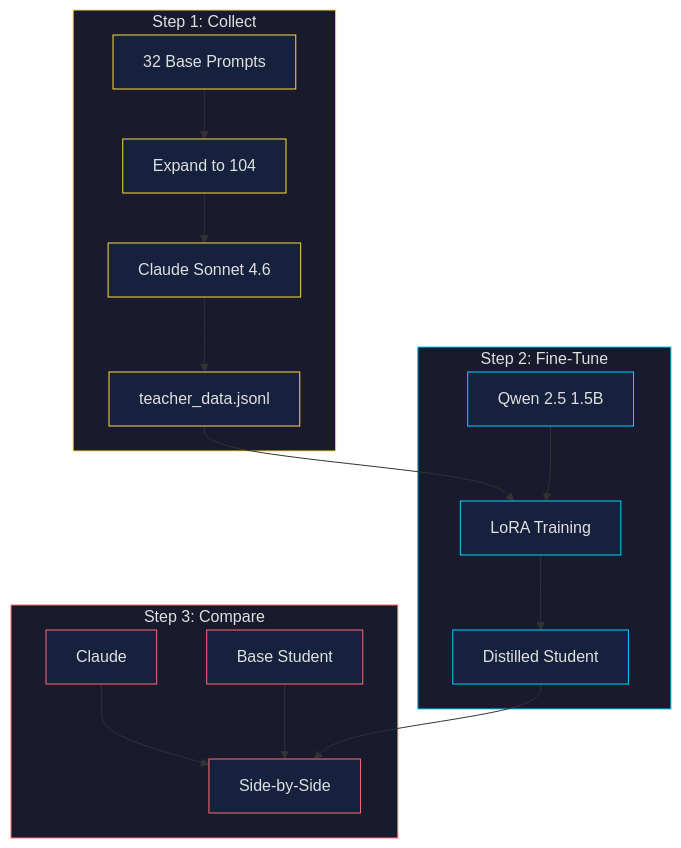
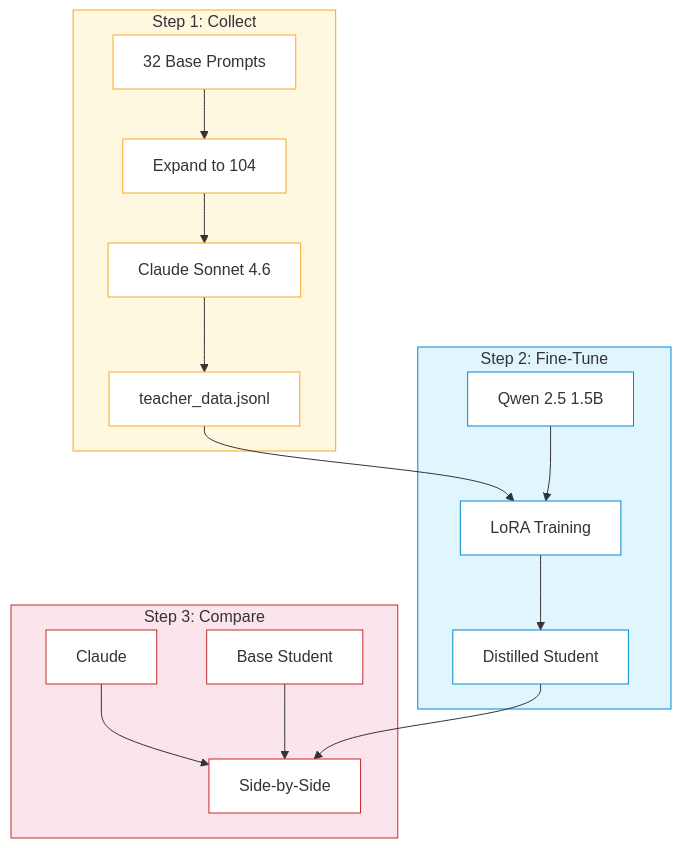
One commit to kousen/AI_distilling changed the diagram in visuals/pipeline.mmd. Above: the diagram before and after it, drawn with Mermaid. The commit also changed 1 other file, not shown here.

Commit message:
Switch pipeline diagram to light theme for GitHub readability
Dark fills hid arrows and fought GitHub's white background.
Now uses white node fills with colored borders (amber/blue/red)
and dark text. Arrows and labels visible on both light and dark.

```diff
--- a/visuals/pipeline.mmd
+++ b/visuals/pipeline.mmd
@@ -1,32 +1,32 @@
 flowchart TD
     subgraph step1["Step 1: Collect"]
         P["32 Base Prompts"] --> EXP["Expand to 104"]
         EXP --> API["Claude Sonnet 4.6"]
         API --> D["teacher_data.jsonl"]
     end
 
     subgraph step2["Step 2: Fine-Tune"]
         D --> LORA["LoRA Training"]
         BASE["Qwen 2.5 1.5B"] --> LORA
         LORA --> DIST["Distilled Student"]
     end
 
     subgraph step3["Step 3: Compare"]
         TEACHER["Claude"] --> CMP["Side-by-Side"]
         BASE2["Base Student"] --> CMP
         DIST --> CMP
     end
 
-    style step1 fill:#1a1a2e,stroke:#ffd93d,color:#e0e0e0
-    style step2 fill:#1a1a2e,stroke:#00d4ff,color:#e0e0e0
-    style step3 fill:#1a1a2e,stroke:#ff6b6b,color:#e0e0e0
-    style P fill:#16213e,stroke:#ffd93d,color:#e0e0e0
-    style EXP fill:#16213e,stroke:#ffd93d,color:#e0e0e0
-    style API fill:#16213e,stroke:#ffd93d,color:#e0e0e0
-    style D fill:#16213e,stroke:#ffd93d,color:#e0e0e0
-    style LORA fill:#16213e,stroke:#00d4ff,color:#e0e0e0
-    style BASE fill:#16213e,stroke:#00d4ff,color:#e0e0e0
-    style DIST fill:#16213e,stroke:#00d4ff,color:#e0e0e0
-    style TEACHER fill:#16213e,stroke:#ff6b6b,color:#e0e0e0
-    style BASE2 fill:#16213e,stroke:#ff6b6b,color:#e0e0e0
-    style CMP fill:#16213e,stroke:#ff6b6b,color:#e0e0e0
+    style step1 fill:#fff8e1,stroke:#f9a825,color:#333
+    style step2 fill:#e1f5fe,stroke:#0288d1,color:#333
+    style step3 fill:#fce4ec,stroke:#c62828,color:#333
+    style P fill:#fff,stroke:#f9a825,color:#333
+    style EXP fill:#fff,stroke:#f9a825,color:#333
+    style API fill:#fff,stroke:#f9a825,color:#333
+    style D fill:#fff,stroke:#f9a825,color:#333
+    style LORA fill:#fff,stroke:#0288d1,color:#333
+    style BASE fill:#fff,stroke:#0288d1,color:#333
+    style DIST fill:#fff,stroke:#0288d1,color:#333
+    style TEACHER fill:#fff,stroke:#c62828,color:#333
+    style BASE2 fill:#fff,stroke:#c62828,color:#333
+    style CMP fill:#fff,stroke:#c62828,color:#333
```
